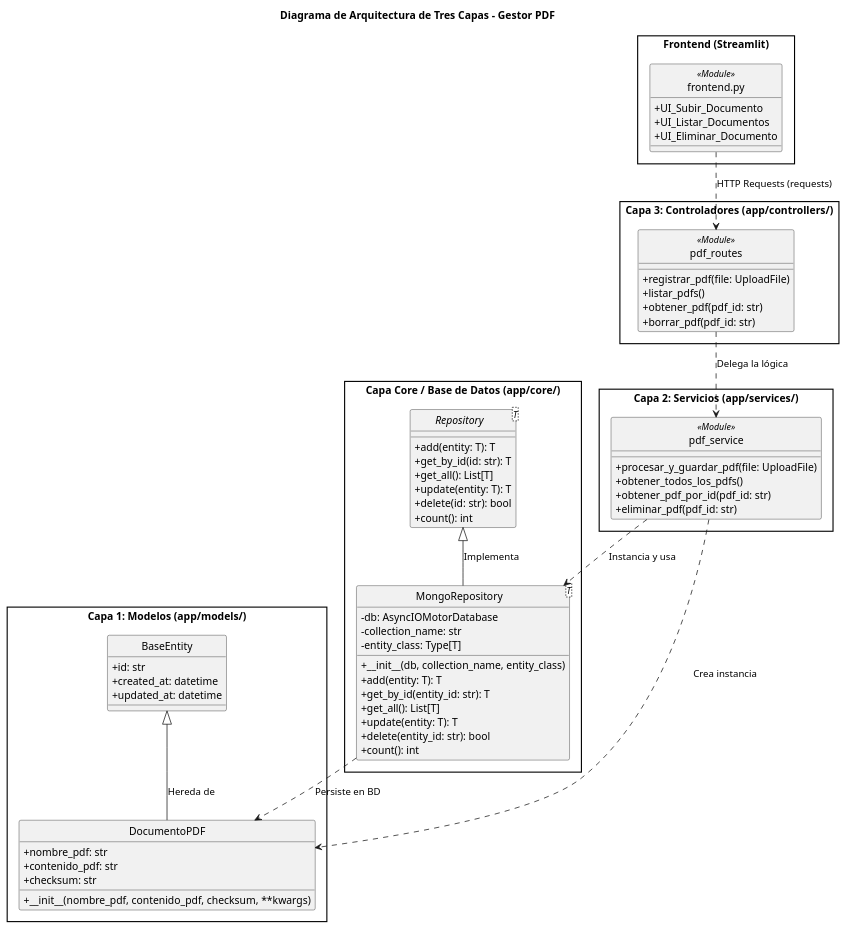
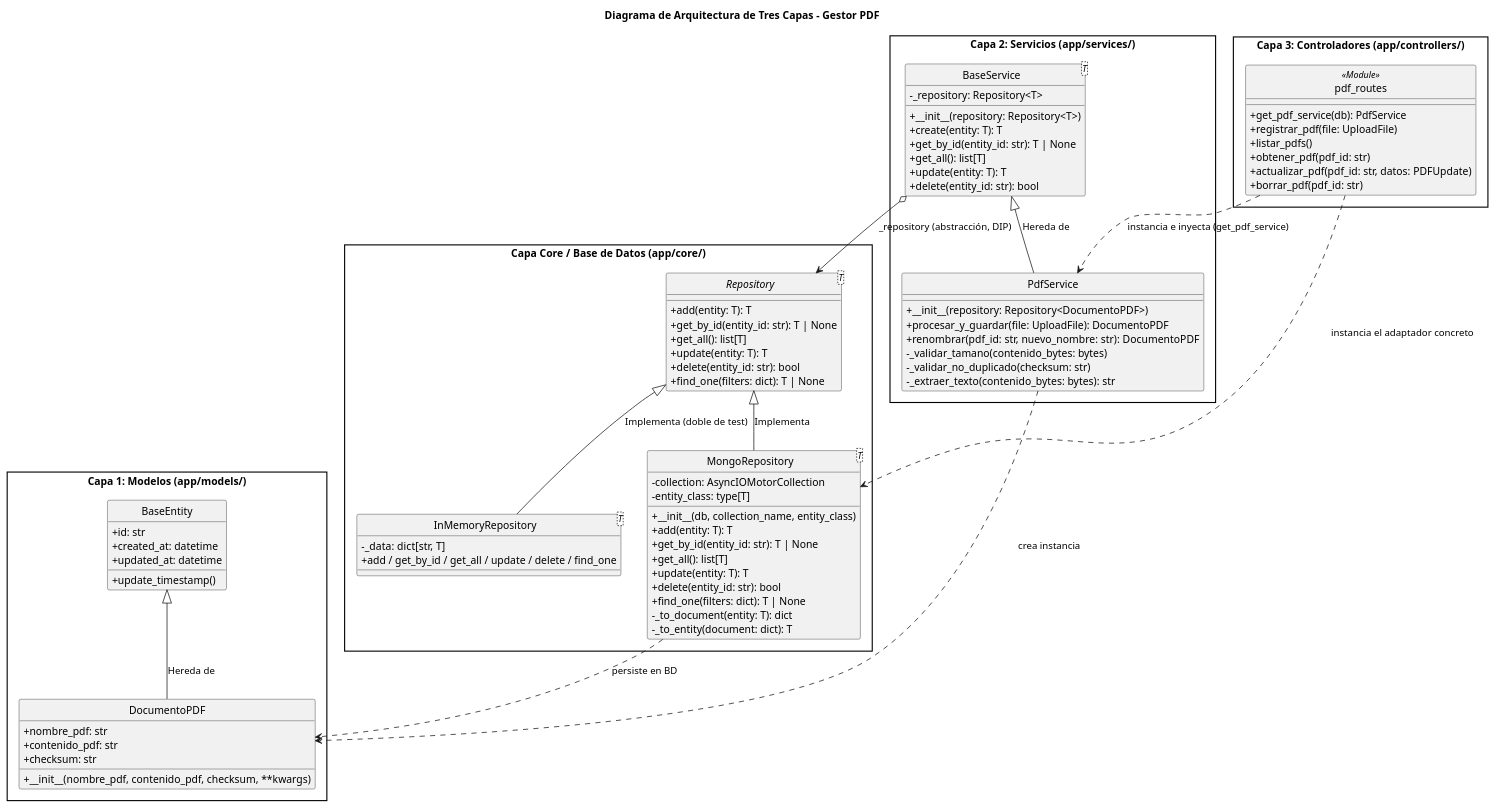
Before and after one commit to Enzo-Ezequiel/Proyecto-de-Desarrollo: the diagram in docs/diagrama.puml, drawn with PlantUML. The commit also changed 2 other files, not shown here.

Commit message:
docs: actualizar diagrama e indice, y declarar la convencion de idiomas
El diagrama mostraba un frontend Streamlit inexistente, pdf_service como modulo en vez de clase, y una relacion directa de PdfService a MongoRepository que contradecia la inversion de dependencias real. Se corrige, se suman BaseService e InMemoryRepository, y se reescriben las relaciones para reflejar DIP. En INDEX.md se arreglan tres enlaces rotos y una referencia a requirements.txt, que el proyecto no usa. Se documenta en el README que la mezcla de idiomas es deliberada: infraestructura en ingles, dominio en espanol.

```diff
--- a/docs/diagrama.puml
+++ b/docs/diagrama.puml
@@ -1,86 +1,101 @@
 @startuml Proyecto
 skinparam style strictuml
 skinparam packageStyle rectangle
 skinparam classAttributeIconSize 0
 
 title Diagrama de Arquitectura de Tres Capas - Gestor PDF
 
 package "Capa 1: Modelos (app/models/)" {
     class BaseEntity {
         + id: str
         + created_at: datetime
         + updated_at: datetime
+        + update_timestamp()
     }
 
     class DocumentoPDF {
         + nombre_pdf: str
         + contenido_pdf: str
         + checksum: str
         + __init__(nombre_pdf, contenido_pdf, checksum, **kwargs)
     }
 
     DocumentoPDF -up-|> BaseEntity : Hereda de
 }
 
 package "Capa Core / Base de Datos (app/core/)" {
     interface Repository<T> {
         + add(entity: T): T
-        + get_by_id(id: str): T
-        + get_all(): List[T]
+        + get_by_id(entity_id: str): T | None
+        + get_all(): list[T]
         + update(entity: T): T
-        + delete(id: str): bool
-        + count(): int
+        + delete(entity_id: str): bool
+        + find_one(filters: dict): T | None
     }
 
     class MongoRepository<T> {
-        - db: AsyncIOMotorDatabase
-        - collection_name: str
-        - entity_class: Type[T]
+        - collection: AsyncIOMotorCollection
+        - entity_class: type[T]
         + __init__(db, collection_name, entity_class)
         + add(entity: T): T
-        + get_by_id(entity_id: str): T
-        + get_all(): List[T]
+        + get_by_id(entity_id: str): T | None
+        + get_all(): list[T]
         + update(entity: T): T
         + delete(entity_id: str): bool
-        + count(): int
+        + find_one(filters: dict): T | None
+        - _to_document(entity: T): dict
+        - _to_entity(document: dict): T
+    }
+
+    class InMemoryRepository<T> {
+        - _data: dict[str, T]
+        + add / get_by_id / get_all / update / delete / find_one
     }
 
     MongoRepository -up-|> Repository : Implementa
+    InMemoryRepository -up-|> Repository : Implementa (doble de test)
 }
 
 package "Capa 2: Servicios (app/services/)" {
-    class "pdf_service" as PDFService << (M, #FF7700) Module >> {
-        + procesar_y_guardar_pdf(file: UploadFile)
-        + obtener_todos_los_pdfs()
-        + obtener_pdf_por_id(pdf_id: str)
-        + eliminar_pdf(pdf_id: str)
+    class BaseService<T> {
+        - _repository: Repository<T>
+        + __init__(repository: Repository<T>)
+        + create(entity: T): T
+        + get_by_id(entity_id: str): T | None
+        + get_all(): list[T]
+        + update(entity: T): T
+        + delete(entity_id: str): bool
     }
+
+    class PdfService {
+        + __init__(repository: Repository<DocumentoPDF>)
+        + procesar_y_guardar(file: UploadFile): DocumentoPDF
+        + renombrar(pdf_id: str, nuevo_nombre: str): DocumentoPDF
+        - _validar_tamano(contenido_bytes: bytes)
+        - _validar_no_duplicado(checksum: str)
+        - _extraer_texto(contenido_bytes: bytes): str
+    }
+
+    PdfService -up-|> BaseService : Hereda de
 }
 
 package "Capa 3: Controladores (app/controllers/)" {
     class "pdf_routes" as PDFRoutes << (M, #FF7700) Module >> {
+        + get_pdf_service(db): PdfService
         + registrar_pdf(file: UploadFile)
         + listar_pdfs()
         + obtener_pdf(pdf_id: str)
+        + actualizar_pdf(pdf_id: str, datos: PDFUpdate)
         + borrar_pdf(pdf_id: str)
     }
 }
 
-package "Frontend (Streamlit)" {
-    class "frontend.py" as Frontend << (M, #FF7700) Module >> {
-        + UI_Subir_Documento
-        + UI_Listar_Documentos
-        + UI_Eliminar_Documento
-    }
-}
+' --- Relaciones y Flujo Unidireccional ---
+PDFRoutes ..> PdfService : instancia e inyecta (get_pdf_service)
+PDFRoutes ..> MongoRepository : instancia el adaptador concreto
 
-' --- Relaciones y Flujo Unidireccional ---
-Frontend ..> PDFRoutes : HTTP Requests (requests)
+BaseService o--> Repository : _repository (abstracción, DIP)
+PdfService ..> DocumentoPDF : crea instancia
 
-PDFRoutes ..> PDFService : Delega la lógica
-
-PDFService ..> MongoRepository : Instancia y usa
-PDFService ..> DocumentoPDF : Crea instancia
-
-MongoRepository ..> DocumentoPDF : Persiste en BD
+MongoRepository ..> DocumentoPDF : persiste en BD
 @enduml
```
